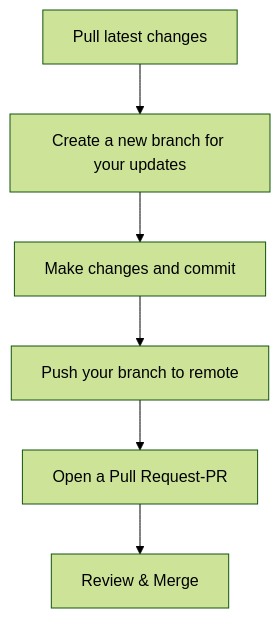
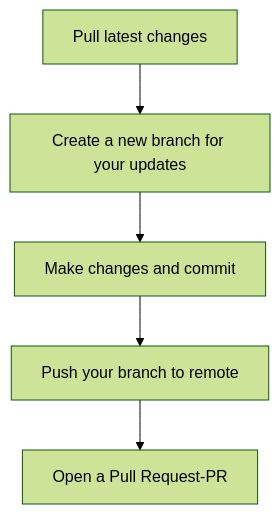
The diagram in docs/gitdc.md (PoojaDevan/pdevan-mkdocs), drawn with Mermaid (forest theme) before and after one commit. The commit also changed 1 other file, not shown here.

Commit message:
updated Intro

````diff
--- a/docs/gitdc.md
+++ b/docs/gitdc.md
@@ -39,6 +39,6 @@
 ```mermaid
 graph TD
     A[Pull latest changes] --> B[Create a new branch for your updates]
     --> C[Make changes and commit]--> D[Push your branch to remote]
-    --> E[Open a Pull Request-PR]--> F[Review & Merge];
+    --> E[Open a Pull Request-PR];
 ```
````
